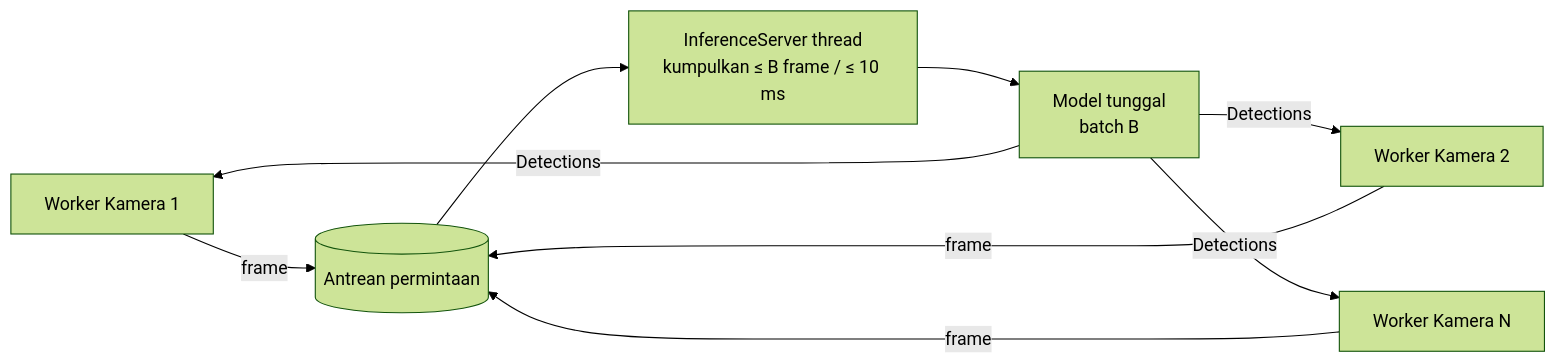
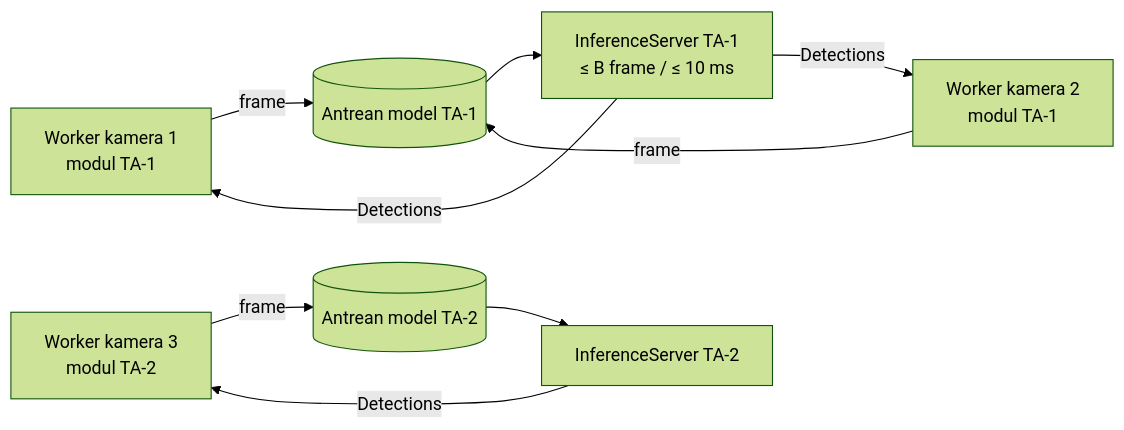
One commit to Nadhifbasyara/Aplikasi_AIO_CCTV changed the diagram in docs/fase/FASE-09-optimasi-sumber-daya-packaging.md. Above: the diagram before and after it, drawn with Mermaid (forest theme). The commit also changed other lines of this file and 12 other files, not shown here.

````diff
--- a/docs/fase/FASE-09-optimasi-sumber-daya-packaging.md
+++ b/docs/fase/FASE-09-optimasi-sumber-daya-packaging.md
@@ -129,9 +99,10 @@
 ```mermaid
 flowchart LR
-    C1[Worker Kamera 1] -- frame --> Q[(Antrean permintaan)]
-    C2[Worker Kamera 2] -- frame --> Q
-    C3[Worker Kamera N] -- frame --> Q
-    Q --> IS[InferenceServer thread<br/>kumpulkan ≤ B frame / ≤ 10 ms]
-    IS --> M[Model tunggal<br/>batch B]
-    M -- Detections --> C1 & C2 & C3
+    C1[Worker kamera 1<br/>modul TA-1] -- frame --> Q1[(Antrean model TA-1)]
+    C2[Worker kamera 2<br/>modul TA-1] -- frame --> Q1
+    C3[Worker kamera 3<br/>modul TA-2] -- frame --> Q2[(Antrean model TA-2)]
+    Q1 --> S1[InferenceServer TA-1<br/>≤ B frame / ≤ 10 ms]
+    Q2 --> S2[InferenceServer TA-2]
+    S1 -- Detections --> C1 & C2
+    S2 -- Detections --> C3
 ```
````
